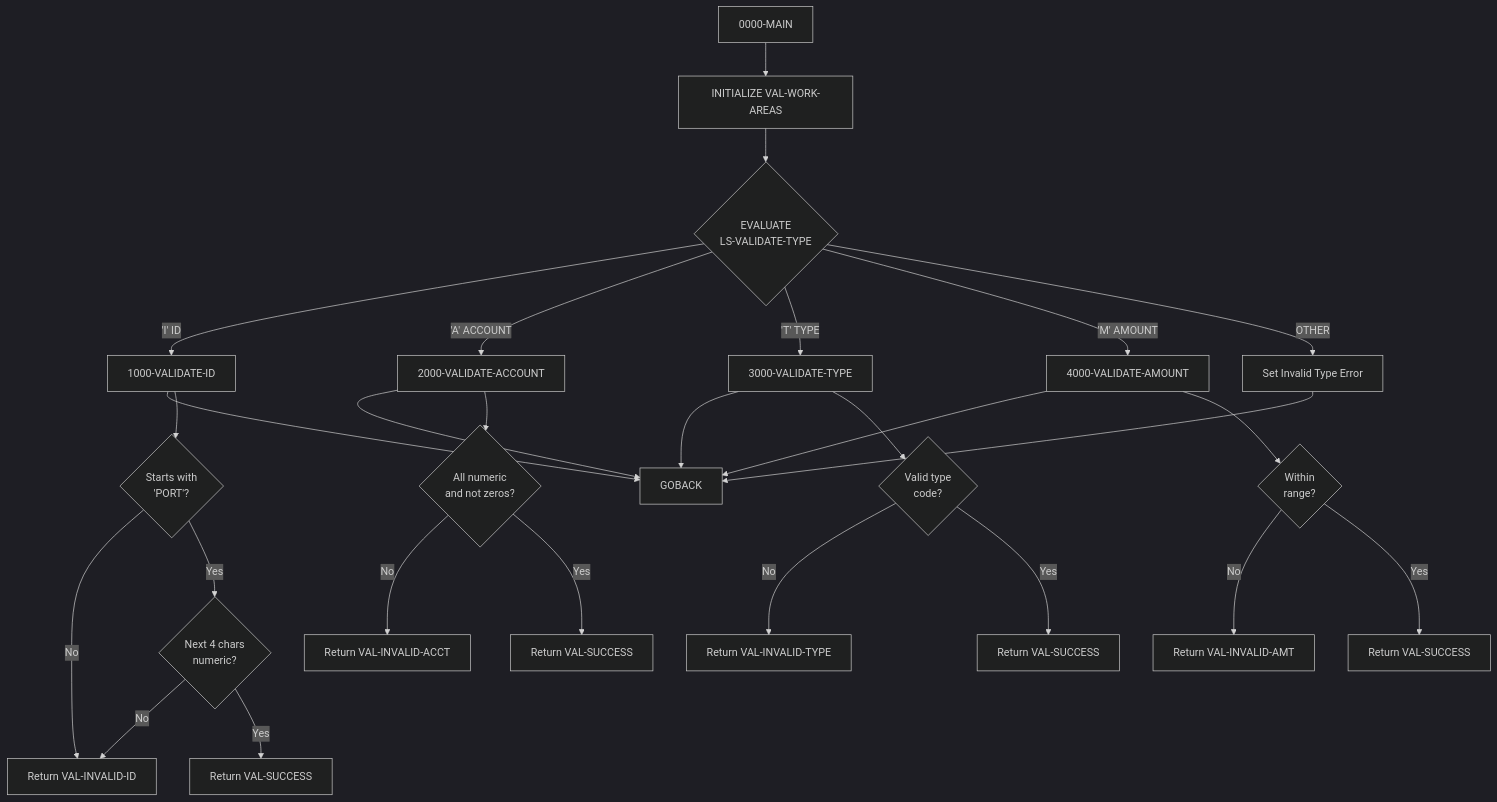
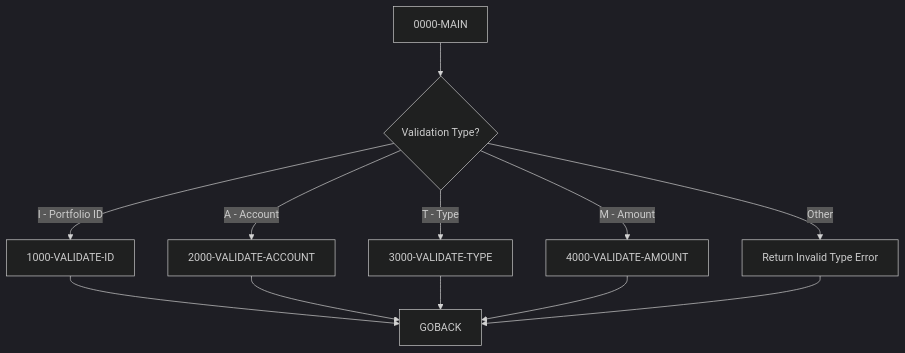
Before and after one commit to haladir-com/legacy-benchmark-docs-vb70e1: the diagram in docs/programs/PORTVALD.mdx, drawn with Mermaid (dark theme). The commit also changed other lines of this file and 63 other files, not shown here.

````diff
--- a/docs/programs/PORTVALD.mdx
+++ b/docs/programs/PORTVALD.mdx
@@ -26,35 +20,16 @@
 ```mermaid
 graph TD
-    A["0000-MAIN"] --> B["INITIALIZE VAL-WORK-AREAS"]
-    B --> C{"EVALUATE<br/>LS-VALIDATE-TYPE"}
+    A[0000-MAIN] --> B{Validation Type?}
     
-    C -->|"'I' ID"| D["1000-VALIDATE-ID"]
-    C -->|"'A' ACCOUNT"| E["2000-VALIDATE-ACCOUNT"]
-    C -->|"'T' TYPE"| F["3000-VALIDATE-TYPE"]
-    C -->|"'M' AMOUNT"| G["4000-VALIDATE-AMOUNT"]
-    C -->|"OTHER"| H["Set Invalid Type Error"]
+    B -->|I - Portfolio ID| C[1000-VALIDATE-ID]
+    B -->|A - Account| D[2000-VALIDATE-ACCOUNT]
+    B -->|T - Type| E[3000-VALIDATE-TYPE]
+    B -->|M - Amount| F[4000-VALIDATE-AMOUNT]
+    B -->|Other| G[Return Invalid Type Error]
     
-    D --> I["GOBACK"]
-    E --> I
-    F --> I
-    G --> I
-    H --> I
-    
-    D --> D1{"Starts with<br/>'PORT'?"}
-    D1 -->|"No"| D2["Return VAL-INVALID-ID"]
-    D1 -->|"Yes"| D3{"Next 4 chars<br/>numeric?"}
-    D3 -->|"No"| D2
-    D3 -->|"Yes"| D4["Return VAL-SUCCESS"]
-    
-    E --> E1{"All numeric<br/>and not zeros?"}
-    E1 -->|"No"| E2["Return VAL-INVALID-ACCT"]
-    E1 -->|"Yes"| E3["Return VAL-SUCCESS"]
-    
-    F --> F1{"Valid type<br/>code?"}
-    F1 -->|"No"| F2["Return VAL-INVALID-TYPE"]
-    F1 -->|"Yes"| F3["Return VAL-SUCCESS"]
-    
-    G --> G1{"Within<br/>range?"}
-    G1 -->|"No"| G2["Return VAL-INVALID-AMT"]
-    G1 -->|"Yes"| G3["Return VAL-SUCCESS"]
+    C --> H[GOBACK]
+    D --> H
+    E --> H
+    F --> H
+    G --> H
 ```
````
